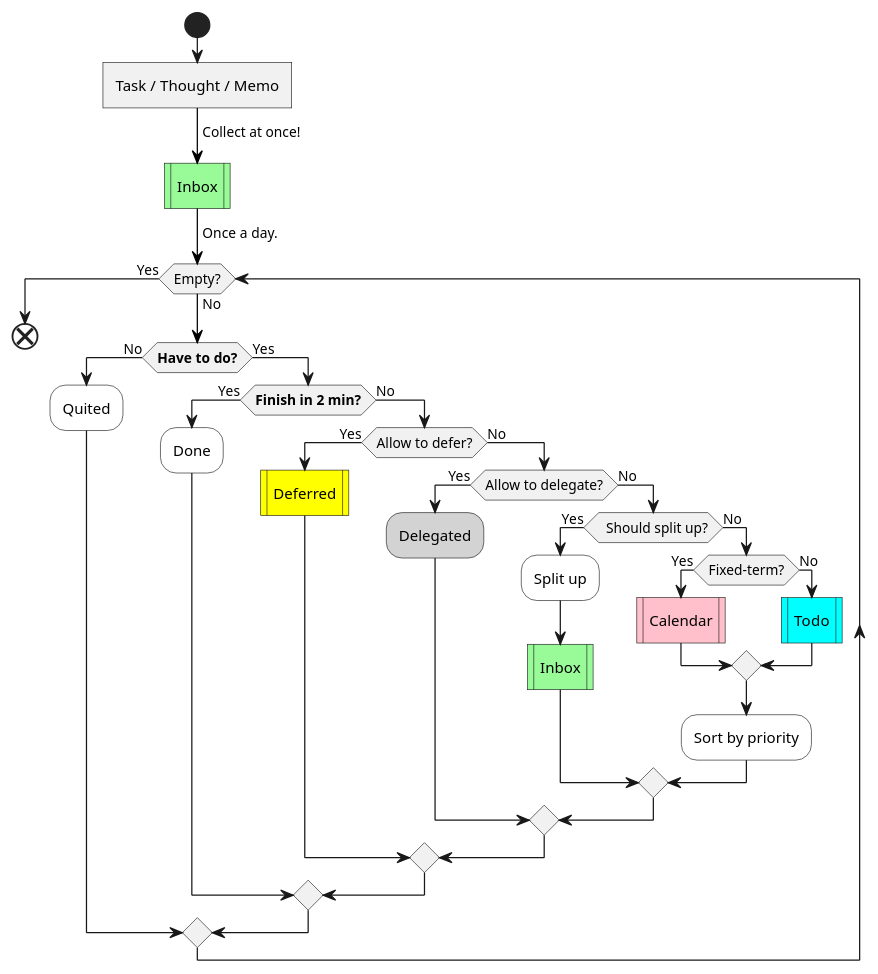
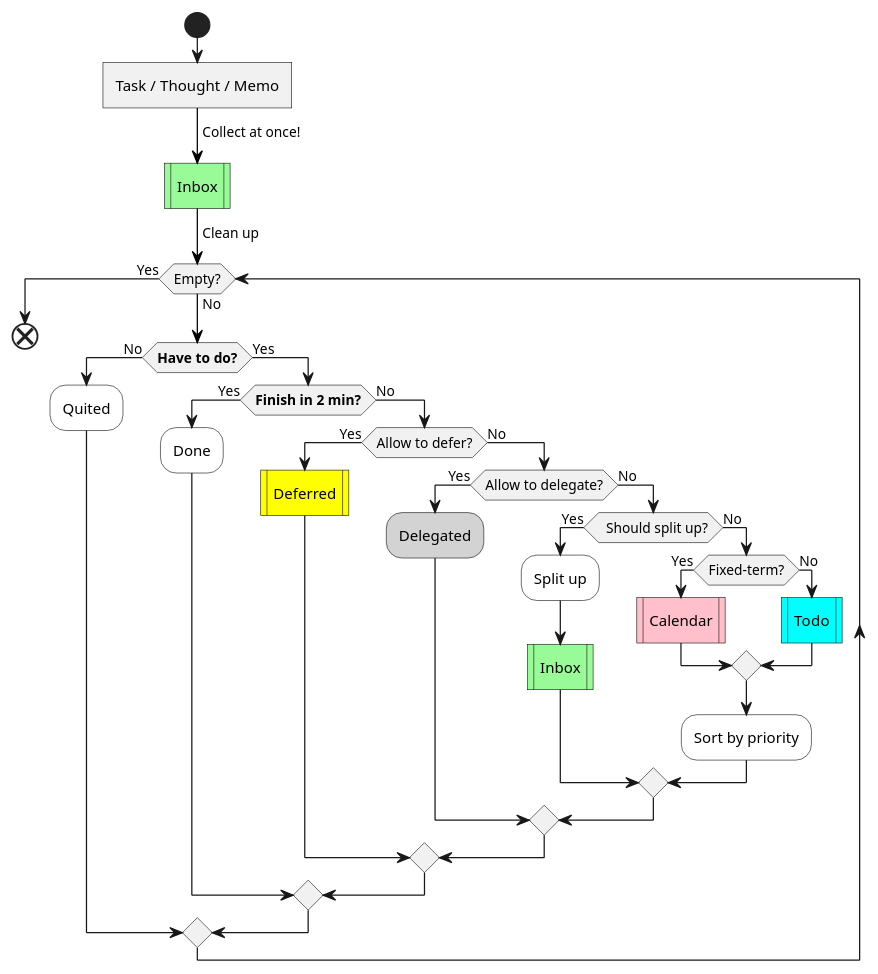
Before and after one commit to IceHe/icehe-lib: the fifth of 9 diagrams in snips/principles/gtd.md, drawn with PlantUML.

Commit message:
2019-07-17 00:08:58 Wed

````diff
--- a/snips/principles/gtd.md
+++ b/snips/principles/gtd.md
@@ -153,39 +153,39 @@
 ```plantuml
 @startuml
 start
 :Task / Thought / Memo]
 -[#black]-> Collect at once!;
 #paleGreen:Inbox|
--[#black]-> Once a day.;
+-[#black]-> Clean up;
 while (Empty?) is (No)
     if (**Have to do?**) then (No)
         #white:Quited;
     else (Yes)
         if (**Finish in 2 min?**) then (Yes)
             #white:Done;
         else (No)
             if (Allow to defer?) then (Yes)
                 #yellow:Deferred|
             else (No)
                 if (Allow to delegate?) then (Yes)
                     #lightGray:Delegated;
                 else (No)
                     if (  Should split up?) then (Yes)
                         #white:Split up;
                         #paleGreen:Inbox|
                     else (No)
                         if (Fixed-term?) then (Yes)
                             #pink:Calendar|
                         else (No)
                             #aqua:Todo|
                         endif
                         #white:Sort by priority;
                     endif
                 endif
             endif
         endif
     endif
 endwhile (Yes)
 end
 @enduml
 ```
````
